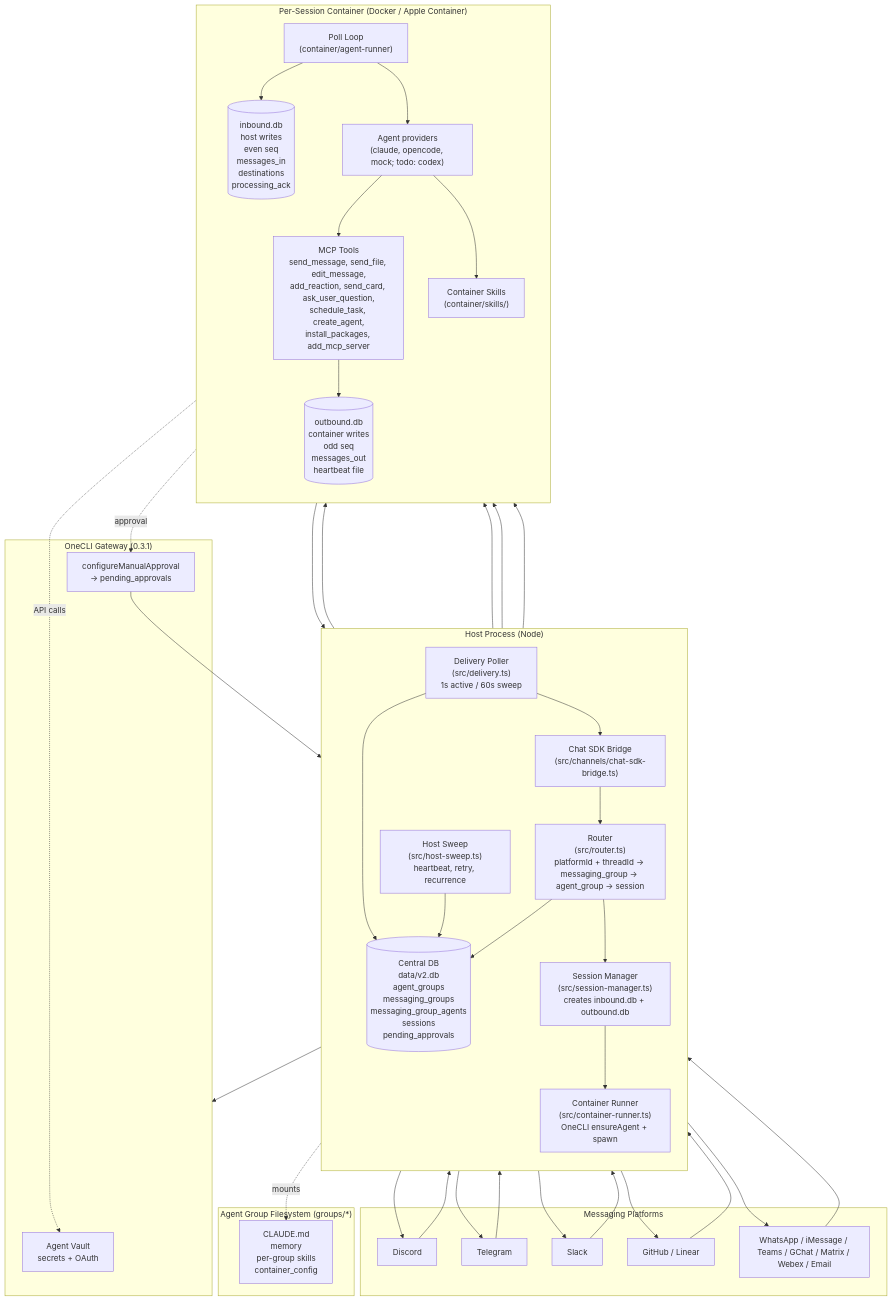
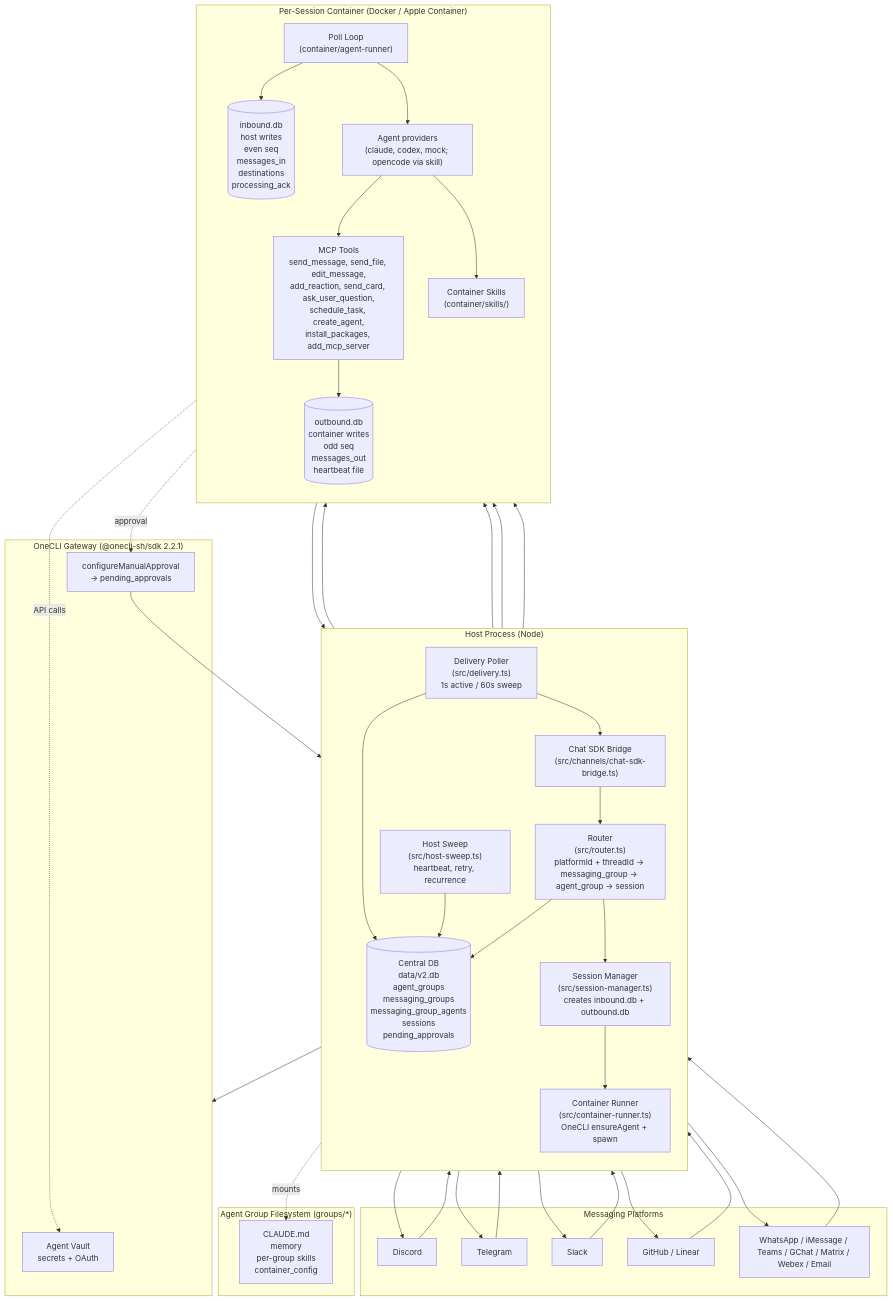
Before and after one commit to albanleandri/nanoclaw: the first of 5 diagrams in docs/architecture-diagram.md, drawn with Mermaid. The commit also changed 10 other files, not shown here.

Commit message:
Refresh architecture and operator documentation

````diff
--- a/docs/architecture-diagram.md
+++ b/docs/architecture-diagram.md
@@ -5,65 +5,65 @@
 ```mermaid
 flowchart TB
   subgraph Platforms["Messaging Platforms"]
     P1[Discord]
     P2[Telegram]
     P3[Slack]
     P4[GitHub / Linear]
     P5[WhatsApp / iMessage / Teams / GChat / Matrix / Webex / Email]
   end
 
   subgraph Host["Host Process (Node)"]
     direction TB
     Bridge["Chat SDK Bridge<br/>(src/channels/chat-sdk-bridge.ts)"]
     Router["Router<br/>(src/router.ts)<br/>platformId + threadId -> messaging_group -> agent_group -> session"]
     SessMgr["Session Manager<br/>(src/session-manager.ts)<br/>creates inbound.db + outbound.db"]
     Runner["Container Runner<br/>(src/container-runner.ts)<br/>OneCLI ensureAgent + spawn"]
     Delivery["Delivery Poller<br/>(src/delivery.ts)<br/>1s active / 60s sweep"]
     Sweep["Host Sweep<br/>(src/host-sweep.ts)<br/>heartbeat, retry, recurrence"]
     Central[("Central DB<br/>data/v2.db<br/>agent_groups<br/>messaging_groups<br/>messaging_group_agents<br/>sessions<br/>pending_approvals")]
   end
 
-  subgraph OneCLI["OneCLI Gateway (0.3.1)"]
+  subgraph OneCLI["OneCLI Gateway (@onecli-sh/sdk 2.2.1)"]
     Vault["Agent Vault<br/>secrets + OAuth"]
     Approvals["configureManualApproval<br/>-> pending_approvals"]
   end
 
   subgraph Session["Per-Session Container (Docker / Apple Container)"]
     direction TB
     PollLoop["Poll Loop<br/>(container/agent-runner)"]
-    Provider["Agent providers<br/>(claude, opencode, mock; todo: codex)"]
+    Provider["Agent providers<br/>(claude, codex, mock; opencode via skill)"]
     MCP["MCP Tools<br/>send_message, send_file, edit_message,<br/>add_reaction, send_card, ask_user_question,<br/>schedule_task, create_agent,<br/>install_packages, add_mcp_server"]
     Skills["Container Skills<br/>(container/skills/)"]
     InDB[("inbound.db<br/>host writes<br/>even seq<br/>messages_in<br/>destinations<br/>processing_ack")]
     OutDB[("outbound.db<br/>container writes<br/>odd seq<br/>messages_out<br/>heartbeat file")]
   end
 
   subgraph Groups["Agent Group Filesystem (groups/*)"]
     Folder["CLAUDE.md<br/>memory<br/>per-group skills<br/>container_config"]
   end
 
   P1 & P2 & P3 & P4 & P5 --> Bridge
   Bridge --> Router
   Router --> Central
   Router --> SessMgr
   SessMgr --> InDB
   SessMgr --> Runner
   Runner --> OneCLI
   Runner --> PollLoop
   PollLoop --> InDB
   PollLoop --> Provider
   Provider --> MCP
   Provider --> Skills
   MCP --> OutDB
   OutDB --> Delivery
   Delivery --> Central
   Delivery --> Bridge
   Bridge --> P1 & P2 & P3 & P4 & P5
   Sweep --> InDB
   Sweep --> OutDB
   Sweep --> Central
   Runner -.mounts.-> Folder
   MCP -.approval.-> Approvals
   Approvals --> Central
   Provider -.API calls.-> Vault
 ```
````
